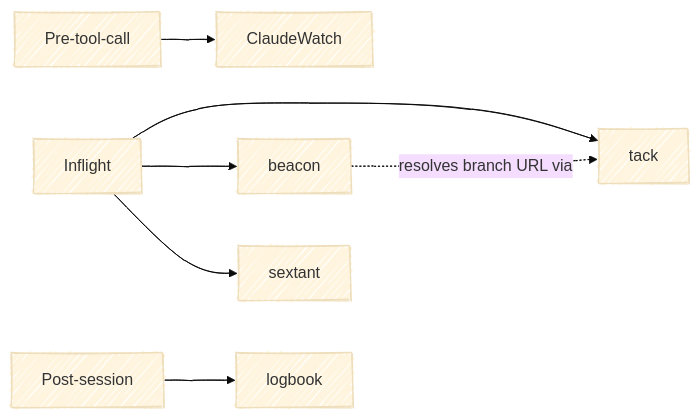
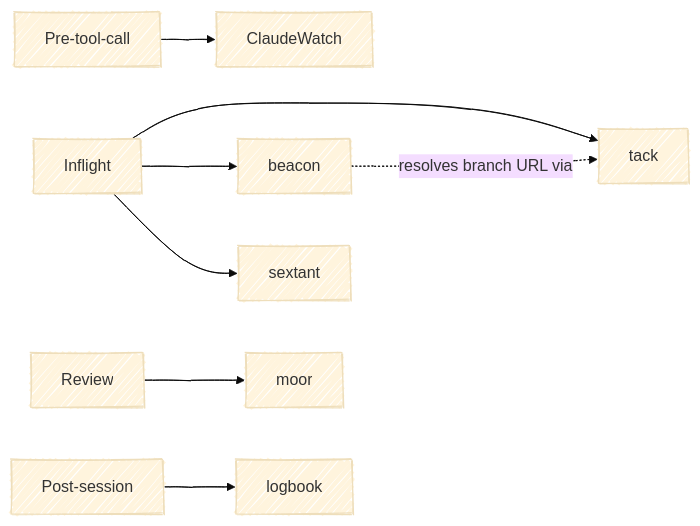
One commit to chris-peterson/claude-marketplace changed the diagram in docs/relationships.md. Above: the diagram before and after it, drawn with Mermaid (base theme). The commit also changed other lines of this file and 2 other files, not shown here.

First line of the commit message:
Add moor to the marketplace and docs site

````diff
--- a/docs/relationships.md
+++ b/docs/relationships.md
@@ -17,11 +18,12 @@
 ```mermaid
 %%{ init: { 'look': 'handDrawn' } }%%
 flowchart LR
     Pre[Pre-tool-call] --> CW[ClaudeWatch]
     Inflight[Inflight] --> Tack[tack]
     Inflight --> Beacon[beacon]
     Inflight --> Sextant[sextant]
+    Review[Review] --> Moor[moor]
     Post[Post-session] --> Logbook[logbook]
 
     Beacon -. resolves branch URL via .-> Tack
 ```
````
